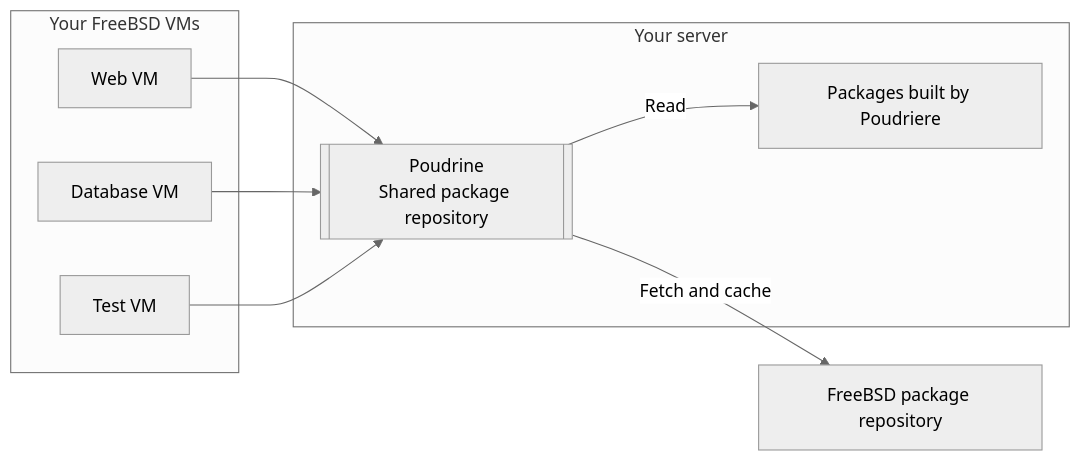
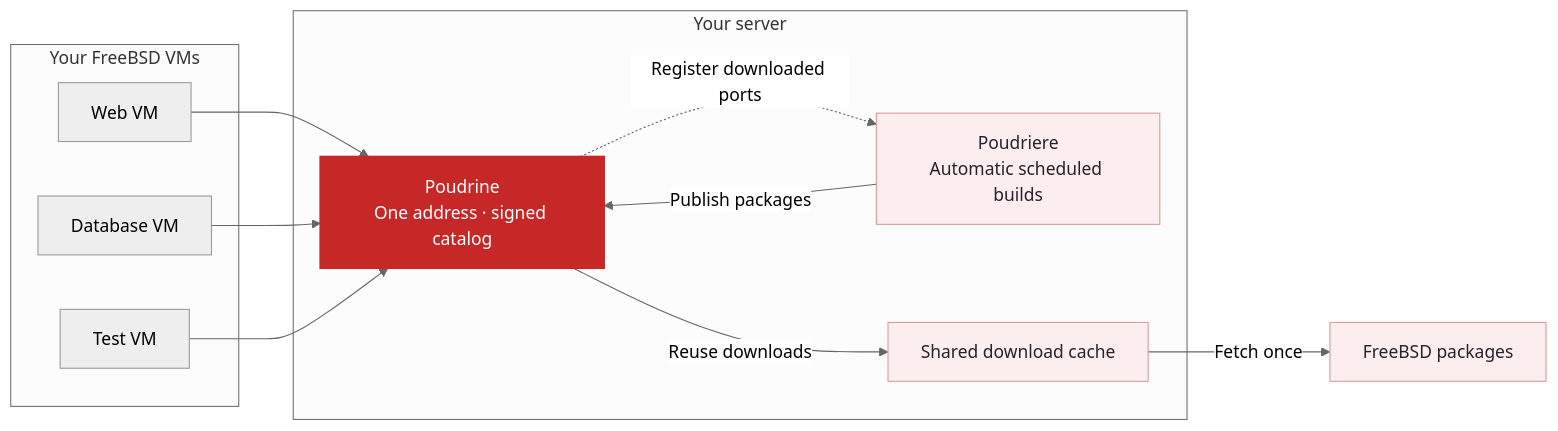
The diagram in README.md (inkeliz/poudrine), drawn with Mermaid (neutral theme) before and after one commit. The commit also changed other lines of this file and 18 other files, not shown here.

````diff
--- a/README.md
+++ b/README.md
@@ -5,19 +74,30 @@
 ```mermaid
 flowchart LR
-    accTitle: One repository for your FreeBSD VMs
-    accDescr: The web, database and test VMs all request packages from Poudrine. Poudrine reads locally built packages on the server or fetches and caches packages from FreeBSD.
+    accTitle: One package repository for all your FreeBSD VMs
+    accDescr: Web, database and test VMs use the same Poudrine repository. Poudrine reads local Poudriere builds and fetches and caches packages from FreeBSD. Downloads register ports for recurring builds, which publish updated packages back to the repository.
+
     subgraph clients["Your FreeBSD VMs"]
         web["Web VM"]
         db["Database VM"]
-        testvm["Test VM"]
+        test["Test VM"]
     end
-    subgraph host["Your server"]
-        repo[["Poudrine<br/>Shared package repository"]]
-        local["Packages built by Poudriere"]
+
+    subgraph server["Your server"]
+        repo["Poudrine<br/>One address · signed catalog"]
+        builds["Poudriere<br/>Automatic scheduled builds"]
+        cache["Shared download cache"]
     end
+
     web --> repo
     db --> repo
-    testvm --> repo
-    repo -->|Read| local
-    repo -->|Fetch and cache| upstream["FreeBSD package repository"]
+    test --> repo
+    repo -.->|Register downloaded ports| builds
+    builds -->|Publish packages| repo
+    repo -->|Reuse downloads| cache
+    cache -->|Fetch once| freebsd["FreeBSD packages"]
+
+    classDef primary fill:#c62828,color:#fff,stroke:#c62828,stroke-width:2px
+    classDef source fill:#fceeee,color:#24222c,stroke:#d99a9a
+    class repo primary
+    class builds,cache,freebsd source
 ```
````
